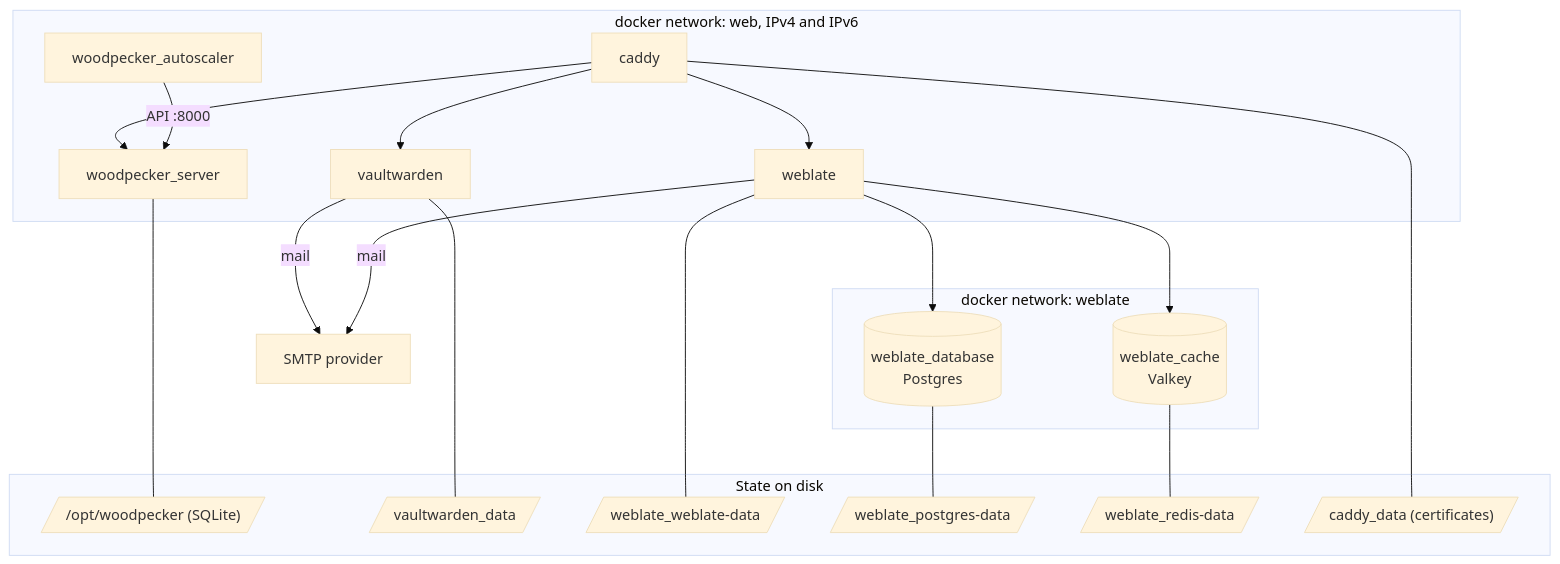
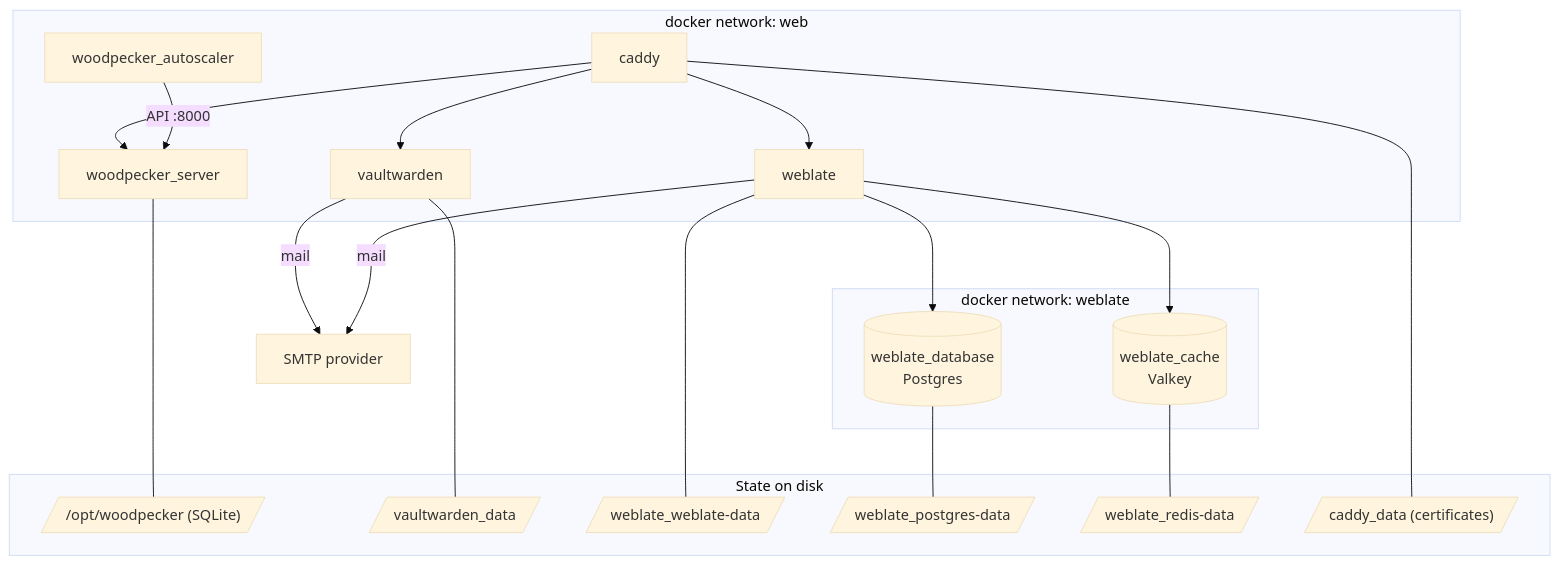
Before and after one commit to woodpecker-ci/infrastructure: the second of 4 diagrams in overview.md, drawn with Mermaid (base theme).

Commit message:
Drop IPv6 from web network label in overview
The web network stays IPv4 only, enable_ipv6 was removed again.

````diff
--- a/overview.md
+++ b/overview.md
@@ -64,39 +64,39 @@
 ```mermaid
 flowchart TB
-  subgraph web[docker network: web, IPv4 and IPv6]
+  subgraph web[docker network: web]
     caddy[caddy]
     wp[woodpecker_server]
     as[woodpecker_autoscaler]
     vw[vaultwarden]
     wl[weblate]
   end
 
   subgraph weblate[docker network: weblate]
     pg[(weblate_database<br/>Postgres)]
     vk[(weblate_cache<br/>Valkey)]
   end
 
   subgraph state[State on disk]
     d1[/"/opt/woodpecker (SQLite)"/]
     d2[/vaultwarden_data/]
     d3[/weblate_weblate-data/]
     d4[/weblate_postgres-data/]
     d5[/weblate_redis-data/]
     d6[/"caddy_data (certificates)"/]
   end
 
   caddy --> wp & vw & wl
   as -->|API :8000| wp
   wl --> pg & vk
 
   wp --- d1
   vw --- d2
   wl --- d3
   pg --- d4
   vk --- d5
   caddy --- d6
 
   smtp[SMTP provider]
   vw -->|mail| smtp
   wl -->|mail| smtp
 ```
````
